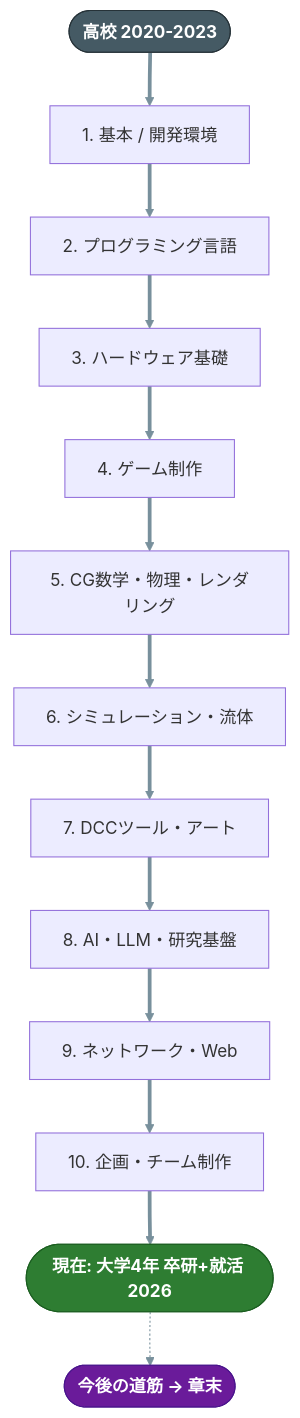
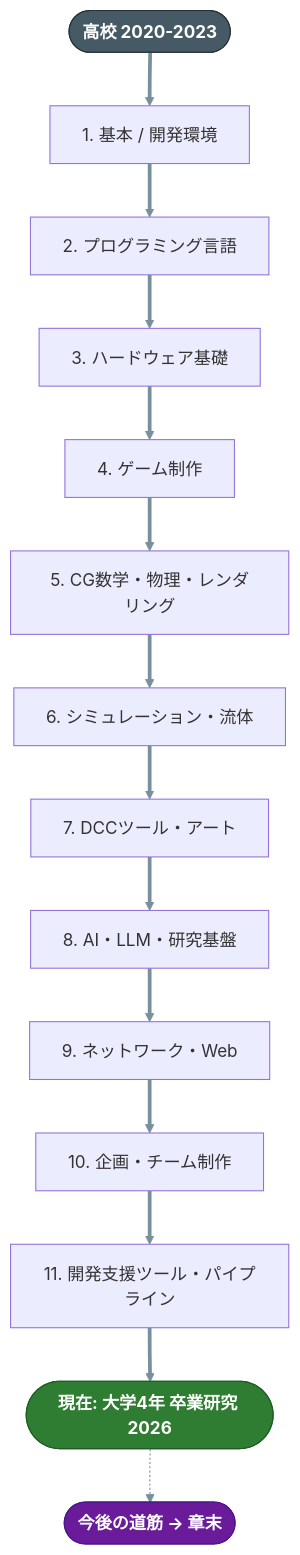
Before and after one commit to manato1201/manato1201: the second of 15 diagrams in README.md, drawn with Mermaid. The commit also changed other lines of this file, not shown here.

Commit message:
Update README with new projects and timeline adjustments

````diff
--- a/README.md
+++ b/README.md
@@ -98,20 +109,21 @@
 ```mermaid
 %%{init: {'themeVariables': {'primaryColor':'#37474f','primaryTextColor':'#ffffff','primaryBorderColor':'#263238','lineColor':'#78909c','fontSize':'16px'}}}%%
 flowchart TB
     S([高校 2020-2023]) ==> C1
     C1[1. 基本 / 開発環境] ==> C2[2. プログラミング言語]
     C2 ==> C3[3. ハードウェア基礎]
     C3 ==> C4[4. ゲーム制作]
     C4 ==> C5[5. CG数学・物理・レンダリング]
     C5 ==> C6[6. シミュレーション・流体]
     C6 ==> C7[7. DCCツール・アート]
     C7 ==> C8[8. AI・LLM・研究基盤]
     C8 ==> C9[9. ネットワーク・Web]
     C9 ==> C10[10. 企画・チーム制作]
-    C10 ==> G([現在: 大学4年 卒研+就活 2026])
+    C10 ==> C11[11. 開発支援ツール・パイプライン]
+    C11 ==> G([現在: 大学4年 卒業研究 2026])
     G -.-> F([今後の道筋 → 章末])
 
     style S fill:#455a64,stroke:#263238,color:#ffffff,font-weight:bold
     style G fill:#2e7d32,stroke:#1b5e20,color:#ffffff,font-weight:bold
     style F fill:#6a1b9a,stroke:#4a148c,color:#ffffff,font-weight:bold
 ```
````
